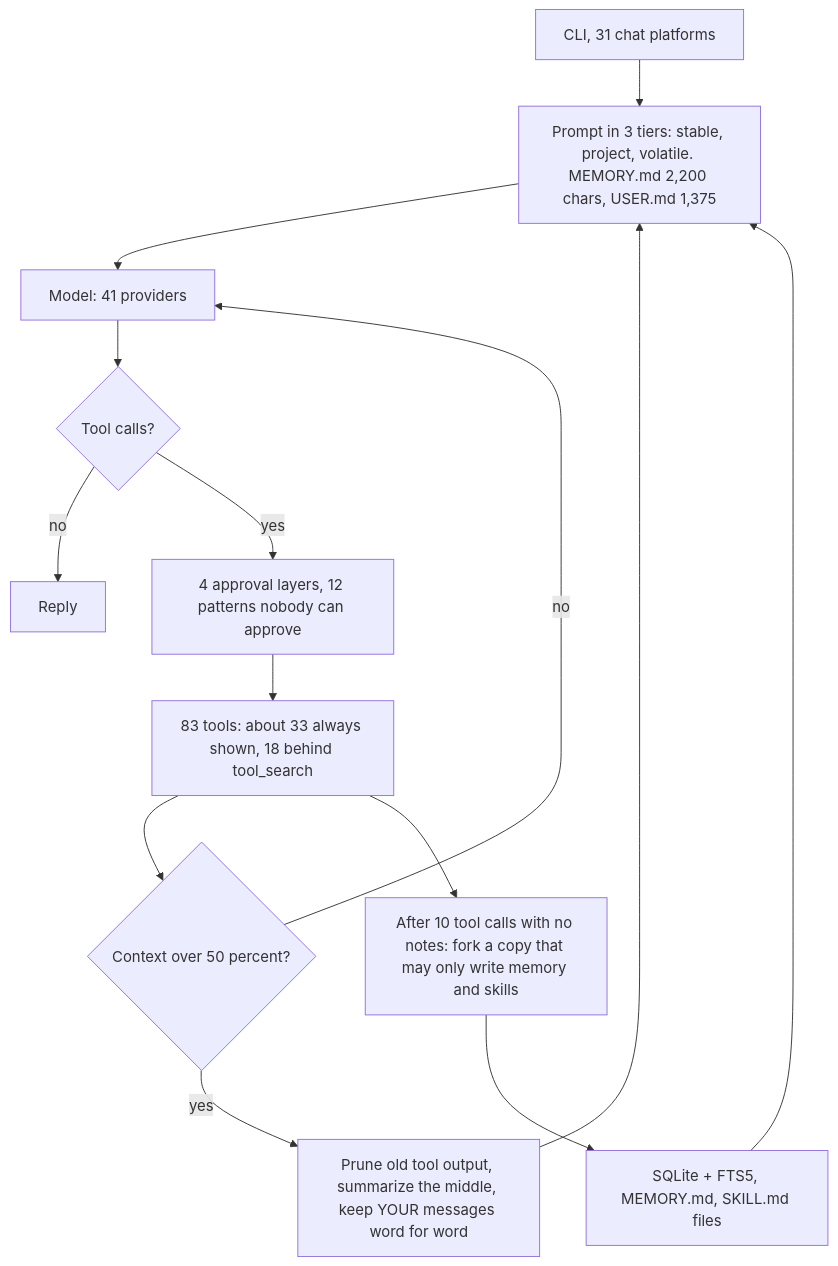
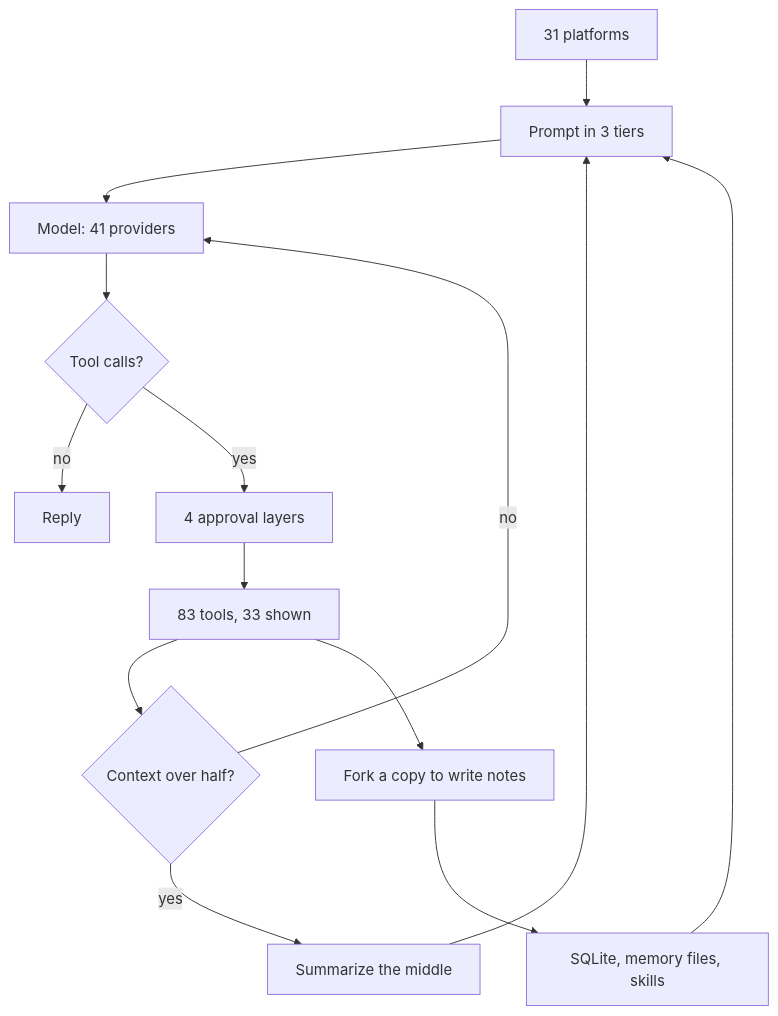
One commit to JaredTate/nerdgenie changed the second of 7 diagrams in docs/HARNESS_V2.md. Above: the diagram before and after it, drawn with Mermaid. The commit also changed other lines of this file and 4 other files, not shown here.

Commit message:
Rewrite both documents in complete sentences; redraw all ten diagrams with short labels so nothing is clipped

````diff
--- a/docs/HARNESS_V2.md
+++ b/docs/HARNESS_V2.md
@@ -76,16 +77,16 @@
 ```mermaid
 flowchart TD
-  U["CLI, 31 chat platforms"] --> C["Prompt in 3 tiers: stable, project, volatile. MEMORY.md 2,200 chars, USER.md 1,375"]
+  U["31 platforms"] --> C["Prompt in 3 tiers"]
   C --> M["Model: 41 providers"]
   M --> K{"Tool calls?"}
   K -->|"no"| F["Reply"]
-  K -->|"yes"| G["4 approval layers, 12 patterns nobody can approve"]
-  G --> T["83 tools: about 33 always shown, 18 behind tool_search"]
-  T --> Z{"Context over 50 percent?"}
+  K -->|"yes"| G["4 approval layers"]
+  G --> T["83 tools, 33 shown"]
+  T --> Z{"Context over half?"}
   Z -->|"no"| M
-  Z -->|"yes"| Y["Prune old tool output, summarize the middle, keep YOUR messages word for word"]
+  Z -->|"yes"| Y["Summarize the middle"]
   Y --> C
-  T --> R["After 10 tool calls with no notes: fork a copy that may only write memory and skills"]
-  R --> S["SQLite + FTS5, MEMORY.md, SKILL.md files"]
+  T --> R["Fork a copy to write notes"]
+  R --> S["SQLite, memory files, skills"]
   S --> C
 ```
````
